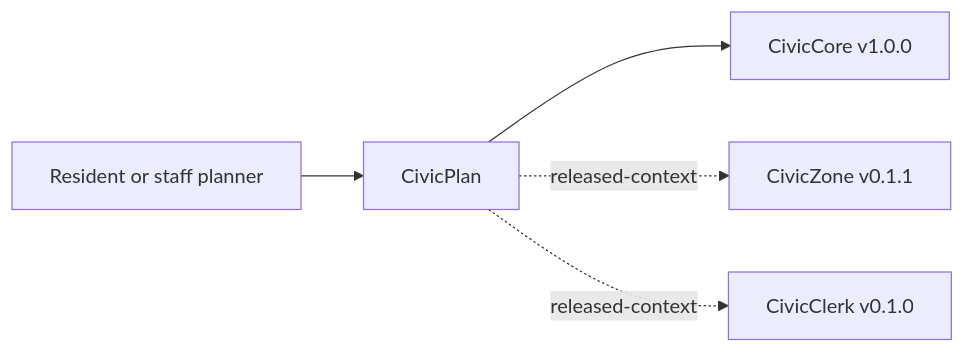
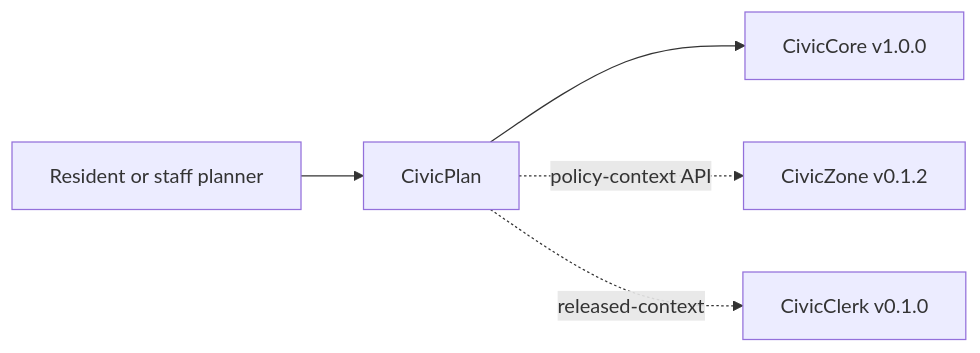
The diagram in USER-MANUAL.md (CivicSuite/civicplan), drawn with Mermaid before and after one commit. The commit also changed other lines of this file and 28 other files, not shown here.

Commit message:
Add CivicPlan zoning policy context contract

````diff
--- a/USER-MANUAL.md
+++ b/USER-MANUAL.md
@@ -34,7 +35,7 @@
 ```mermaid
 flowchart LR
   PublicUser["Resident or staff planner"] --> CivicPlan["CivicPlan"]
   CivicPlan --> CivicCore["CivicCore v1.0.0"]
-  CivicPlan -. released-context .-> CivicZone["CivicZone v0.1.1"]
+  CivicPlan -. policy-context API .-> CivicZone["CivicZone v0.1.2"]
   CivicPlan -. released-context .-> CivicClerk["CivicClerk v0.1.0"]
 ```
````
